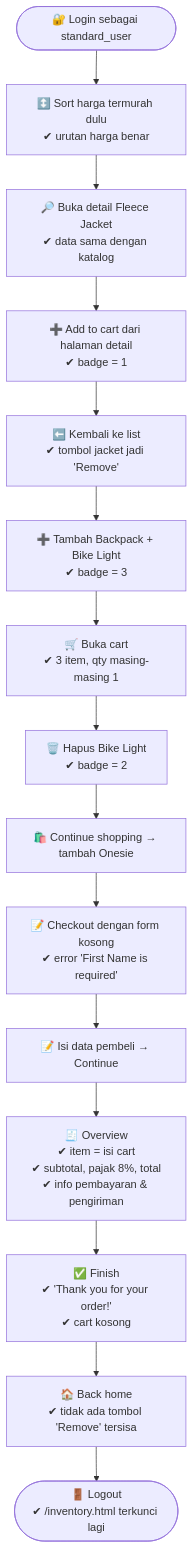
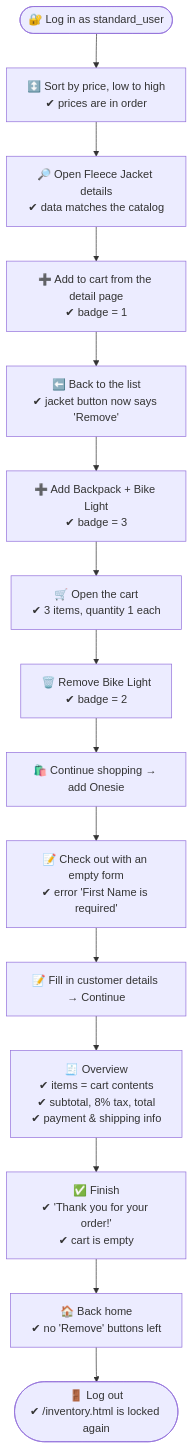
Before and after one commit to HivanA98/Playwright_Python: the fourth of 6 diagrams in README.md, drawn with Mermaid. The commit also changed other lines of this file, not shown here.

````diff
--- a/README.md
+++ b/README.md
@@ -257,17 +267,17 @@
 ```mermaid
 flowchart TD
-    A([🔐 Login sebagai standard_user]) --> B[↕️ Sort harga termurah dulu<br/>✔ urutan harga benar]
-    B --> C[🔎 Buka detail Fleece Jacket<br/>✔ data sama dengan katalog]
-    C --> D[➕ Add to cart dari halaman detail<br/>✔ badge = 1]
-    D --> E[⬅️ Kembali ke list<br/>✔ tombol jacket jadi 'Remove']
-    E --> F[➕ Tambah Backpack + Bike Light<br/>✔ badge = 3]
-    F --> G[🛒 Buka cart<br/>✔ 3 item, qty masing-masing 1]
-    G --> H[🗑️ Hapus Bike Light<br/>✔ badge = 2]
-    H --> I[🛍️ Continue shopping → tambah Onesie]
-    I --> J[📝 Checkout dengan form kosong<br/>✔ error 'First Name is required']
-    J --> K[📝 Isi data pembeli → Continue]
-    K --> L[🧾 Overview<br/>✔ item = isi cart<br/>✔ subtotal, pajak 8%, total<br/>✔ info pembayaran & pengiriman]
-    L --> M[✅ Finish<br/>✔ 'Thank you for your order!'<br/>✔ cart kosong]
-    M --> N[🏠 Back home<br/>✔ tidak ada tombol 'Remove' tersisa]
-    N --> O([🚪 Logout<br/>✔ /inventory.html terkunci lagi])
+    A([🔐 Log in as standard_user]) --> B[↕️ Sort by price, low to high<br/>✔ prices are in order]
+    B --> C[🔎 Open Fleece Jacket details<br/>✔ data matches the catalog]
+    C --> D[➕ Add to cart from the detail page<br/>✔ badge = 1]
+    D --> E[⬅️ Back to the list<br/>✔ jacket button now says 'Remove']
+    E --> F[➕ Add Backpack + Bike Light<br/>✔ badge = 3]
+    F --> G[🛒 Open the cart<br/>✔ 3 items, quantity 1 each]
+    G --> H[🗑️ Remove Bike Light<br/>✔ badge = 2]
+    H --> I[🛍️ Continue shopping → add Onesie]
+    I --> J[📝 Check out with an empty form<br/>✔ error 'First Name is required']
+    J --> K[📝 Fill in customer details → Continue]
+    K --> L[🧾 Overview<br/>✔ items = cart contents<br/>✔ subtotal, 8% tax, total<br/>✔ payment & shipping info]
+    L --> M[✅ Finish<br/>✔ 'Thank you for your order!'<br/>✔ cart is empty]
+    M --> N[🏠 Back home<br/>✔ no 'Remove' buttons left]
+    N --> O([🚪 Log out<br/>✔ /inventory.html is locked again])
 ```
````
